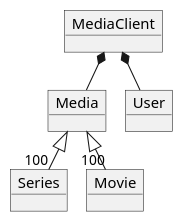
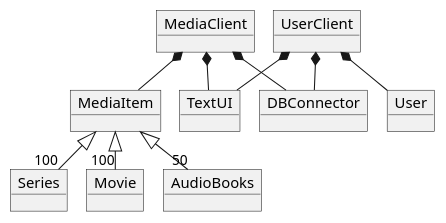
One commit to b-rino/ICE changed the diagram in docs/domainmodel.puml. Above: the diagram before and after it, drawn with PlantUML. The commit also changed 3 other files, not shown here.

Commit message:
Updated domain and class diagrams, added sequence diagram for logging in.

```diff
--- a/docs/domainmodel.puml
+++ b/docs/domainmodel.puml
@@ -1,23 +1,31 @@
 @startuml
 !pragma layout smetana
 
 object MediaClient
-object Media
+object UserClient
+object MediaItem
+object TextUI
+object DBConnector
 object Series
 object Movie
+object AudioBooks
 object User
 
 
 
 
-MediaClient*-- User
-MediaClient *-- Media
+UserClient *-- User
+MediaClient *-- MediaItem
+UserClient *-- DBConnector
+UserClient *-- TextUI
+MediaClient *-- DBConnector
+MediaClient *-- TextUI
 
-Media <|--"100" Movie
-Media <|--"100" Series
-
+MediaItem <|--"100" Movie
+MediaItem <|--"100" Series
+MediaItem <|--"50" AudioBooks
 
 
 
 
 @enduml
```
